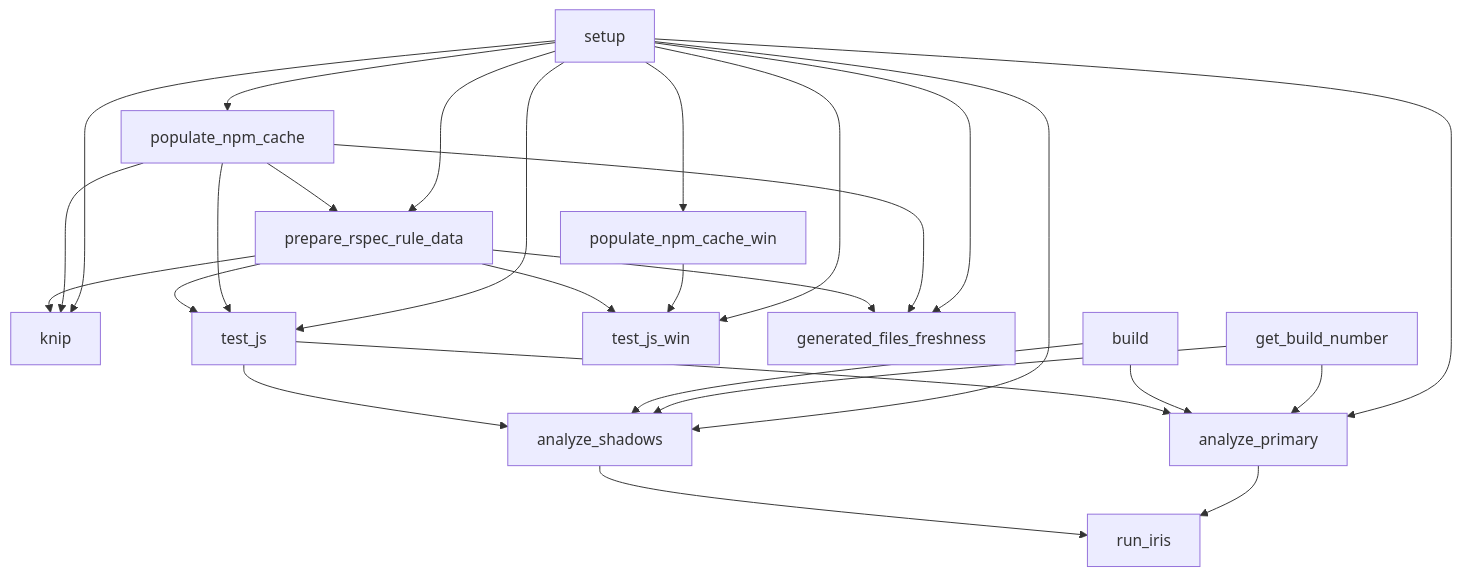
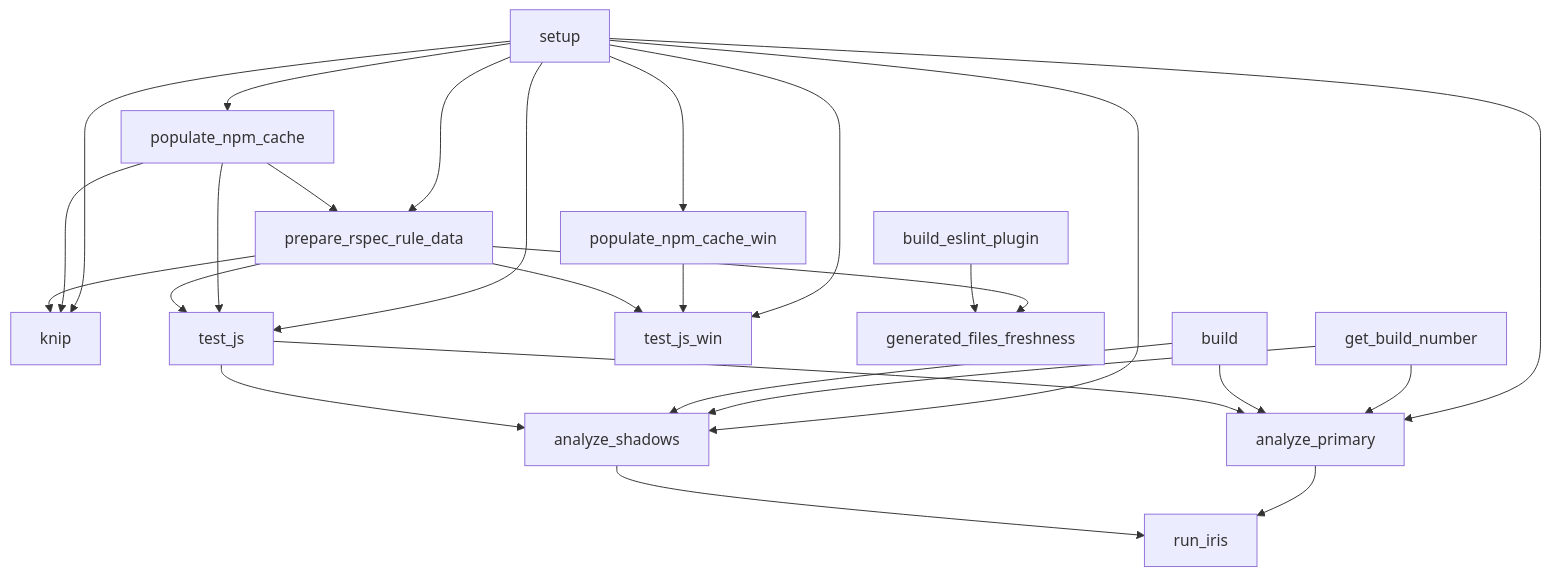
The third of 4 diagrams in docs/CI.md (SonarSource/SonarJS), drawn with Mermaid before and after one commit. The commit also changed other lines of this file and 2 other files, not shown here.

Commit message:
Reuse generated README artifacts in nightly refresh

````diff
--- a/docs/CI.md
+++ b/docs/CI.md
@@ -179,36 +179,35 @@
 ```mermaid
 flowchart TD
   setup["setup"] --> populate_npm_cache["populate_npm_cache"]
   setup --> populate_npm_cache_win["populate_npm_cache_win"]
   setup --> prepare_rspec_rule_data["prepare_rspec_rule_data"]
   populate_npm_cache --> prepare_rspec_rule_data
 
   setup --> knip["knip"]
   populate_npm_cache --> knip
   prepare_rspec_rule_data --> knip
 
   setup --> test_js["test_js"]
   populate_npm_cache --> test_js
   prepare_rspec_rule_data --> test_js
 
   setup --> test_js_win["test_js_win"]
   populate_npm_cache_win --> test_js_win
   prepare_rspec_rule_data --> test_js_win
 
-  setup --> generated_files_freshness["generated_files_freshness"]
-  populate_npm_cache --> generated_files_freshness
   prepare_rspec_rule_data --> generated_files_freshness
+  build_eslint_plugin["build_eslint_plugin"] --> generated_files_freshness["generated_files_freshness"]
 
   setup --> analyze_primary["analyze_primary"]
   get_build_number["get_build_number"] --> analyze_primary
   build["build"] --> analyze_primary
   test_js --> analyze_primary
 
   setup --> analyze_shadows["analyze_shadows"]
   get_build_number --> analyze_shadows
   build --> analyze_shadows
   test_js --> analyze_shadows
 
   analyze_primary --> run_iris["run_iris"]
   analyze_shadows --> run_iris
 ```
````
